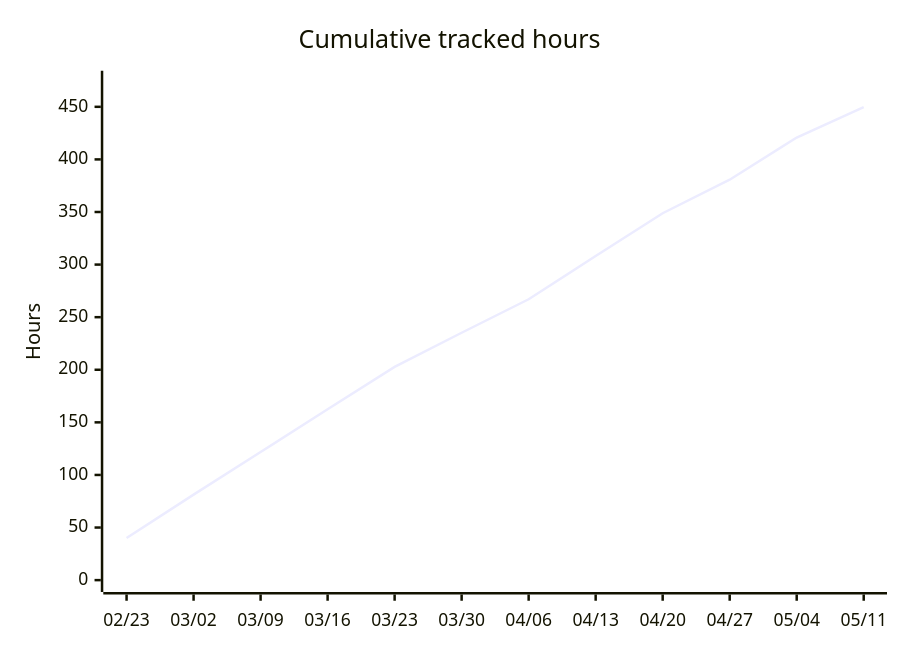
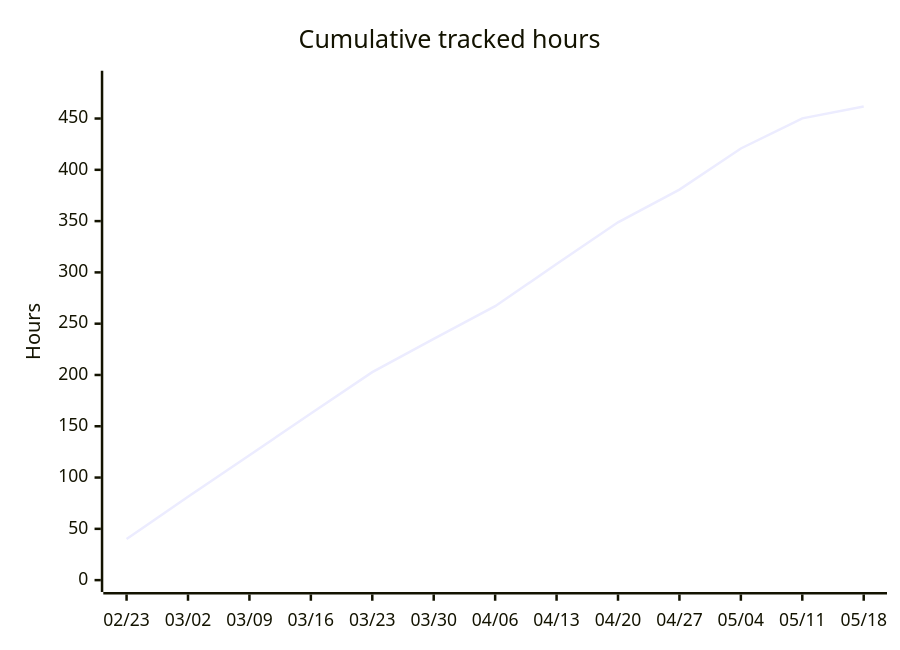
The fifth of 5 diagrams in README.org (albinforsberg-netizen/timeclock), drawn with Mermaid before and after one commit. The commit also changed other lines of this file, not shown here.

```diff
--- a/README.org
+++ b/README.org
@@ -121,7 +123,7 @@
 #+begin_src mermaid
 xychart-beta
     title "Cumulative tracked hours"
-    x-axis ["02/23", "03/02", "03/09", "03/16", "03/23", "03/30", "04/06", "04/13", "04/20", "04/27", "05/04", "05/11"]
-    y-axis "Hours" 0 --> 473
-    line [40.00, 81.25, 121.75, 162.50, 202.75, 235.19, 267.03, 308.11, 348.83, 380.71, 420.81, 449.66]
+    x-axis ["02/23", "03/02", "03/09", "03/16", "03/23", "03/30", "04/06", "04/13", "04/20", "04/27", "05/04", "05/11", "05/18"]
+    y-axis "Hours" 0 --> 485
+    line [40.00, 81.25, 121.75, 162.50, 202.75, 235.19, 267.03, 308.11, 348.83, 380.71, 420.81, 450.20, 461.72]
 #+end_src
```
